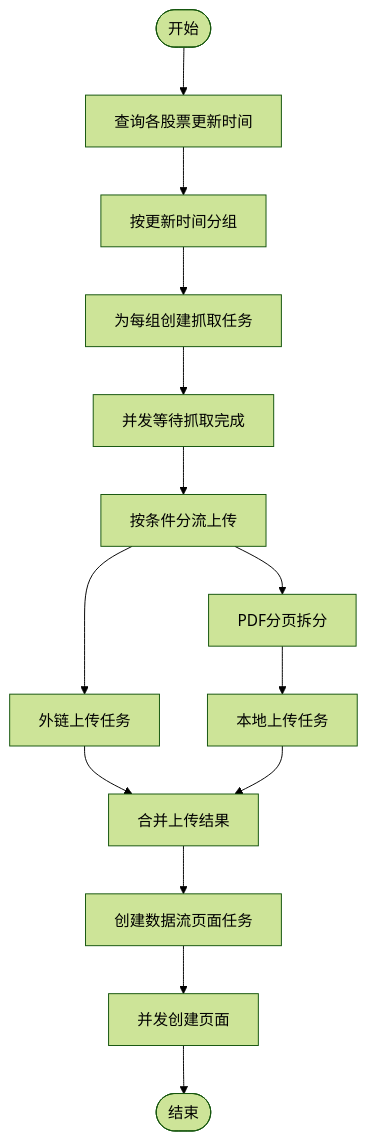
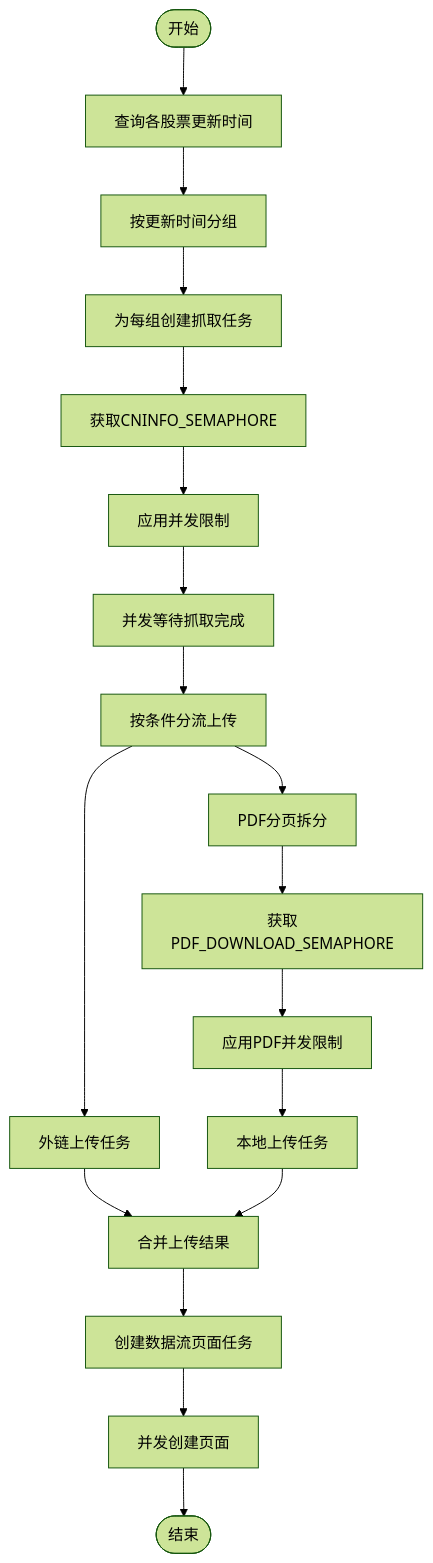
One commit to iverwong/DataLife changed the third of 10 diagrams in .qoder/repowiki/zh/content/性能优化/并发处理优化.md. Above: the diagram before and after it, drawn with Mermaid (forest theme). The commit also changed other lines of this file and 14 other files, not shown here.

````diff
--- a/.qoder/repowiki/zh/content/性能优化/并发处理优化.md
+++ b/.qoder/repowiki/zh/content/性能优化/并发处理优化.md
@@ -131,16 +164,20 @@
 ```mermaid
 flowchart TD
 Start(["开始"]) --> GetTimes["查询各股票更新时间"]
 GetTimes --> GroupByTime["按更新时间分组"]
 GroupByTime --> CreateTasks["为每组创建抓取任务"]
-CreateTasks --> GatherFetch["并发等待抓取完成"]
+CreateTasks --> GetSemaphore["获取CNINFO_SEMAPHORE"]
+GetSemaphore --> LimitTasks["应用并发限制"]
+LimitTasks --> GatherFetch["并发等待抓取完成"]
 GatherFetch --> SplitUpload["按条件分流上传"]
 SplitUpload --> UploadExternal["外链上传任务"]
 SplitUpload --> SplitPDF["PDF分页拆分"]
-SplitPDF --> UploadLocal["本地上传任务"]
+SplitPDF --> GetPDFSemaphore["获取PDF_DOWNLOAD_SEMAPHORE"]
+GetPDFSemaphore --> LimitPDF["应用PDF并发限制"]
+LimitPDF --> UploadLocal["本地上传任务"]
 UploadExternal --> MergeUpload["合并上传结果"]
 UploadLocal --> MergeUpload
 MergeUpload --> CreatePages["创建数据流页面任务"]
 CreatePages --> GatherPages["并发创建页面"]
 GatherPages --> End(["结束"])
 ```
````
